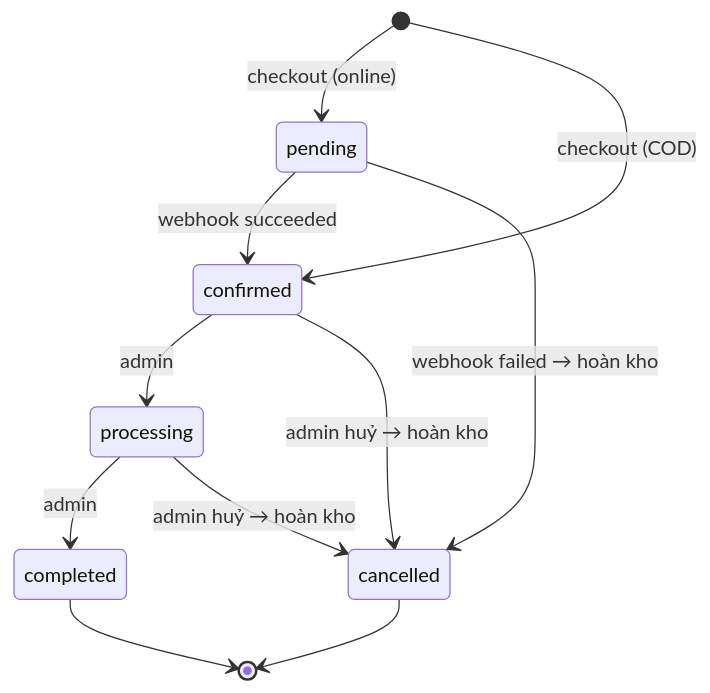
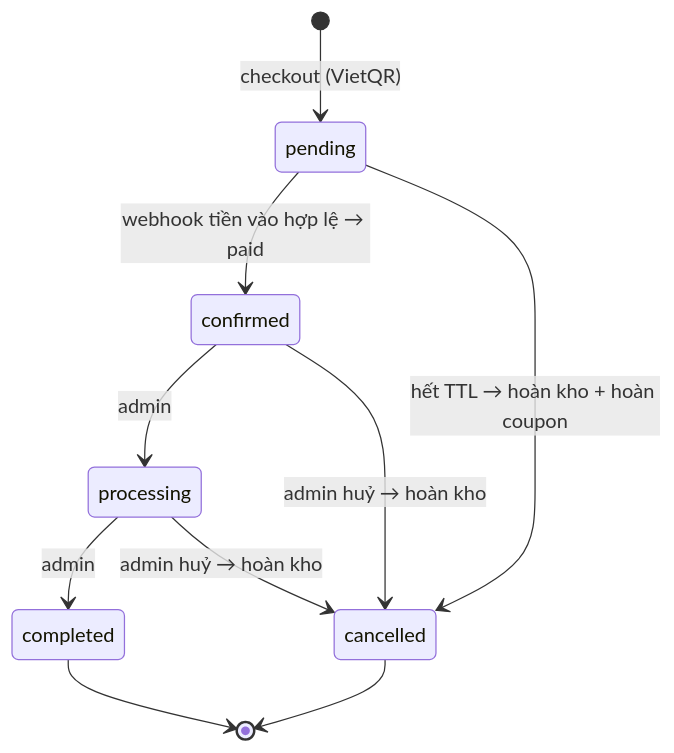
One commit to sondopin/lylaglass changed the fourth of 4 diagrams in TECHNICAL_OVERVIEW.md. Above: the diagram before and after it, drawn with Mermaid. The commit also changed other lines of this file and 63 other files, not shown here.

````diff
--- a/TECHNICAL_OVERVIEW.md
+++ b/TECHNICAL_OVERVIEW.md
@@ -450,13 +601,12 @@
 ```mermaid
 stateDiagram-v2
-    [*] --> pending: checkout (online)
-    [*] --> confirmed: checkout (COD)
-    pending --> confirmed: webhook succeeded
-    pending --> cancelled: webhook failed → hoàn kho
+    [*] --> pending: checkout (VietQR)
+    pending --> confirmed: webhook tiền vào hợp lệ → paid
+    pending --> cancelled: hết TTL → hoàn kho + hoàn coupon
     confirmed --> processing: admin
     processing --> completed: admin
     confirmed --> cancelled: admin huỷ → hoàn kho
     processing --> cancelled: admin huỷ → hoàn kho
     completed --> [*]
     cancelled --> [*]
 ```
````
